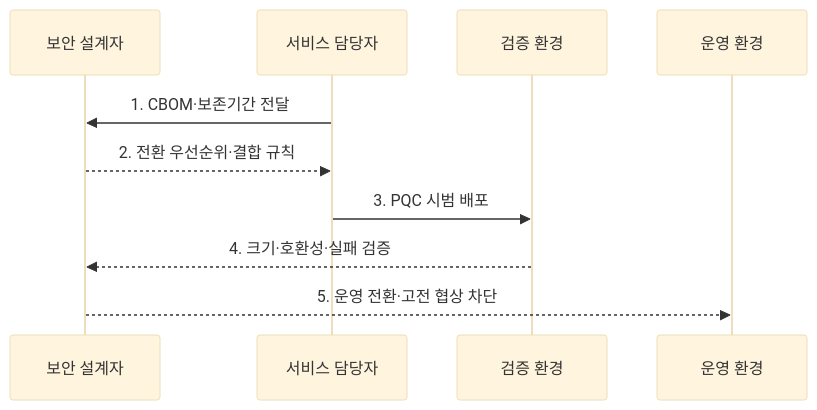
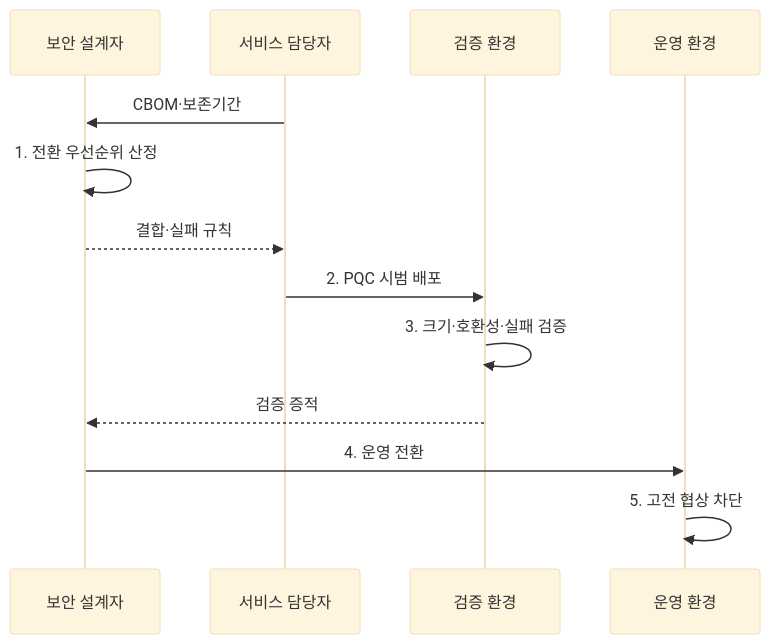
Before and after one commit to agnusdei1207/knowledge-base: the second of 2 diagrams in src/content/docs/notes/05-security/013_pqc_migration_hybrid.md, drawn with Mermaid (base theme). The commit also changed other lines of this file and 20 other files, not shown here.

````diff
--- a/src/content/docs/notes/05-security/013_pqc_migration_hybrid.md
+++ b/src/content/docs/notes/05-security/013_pqc_migration_hybrid.md
@@ -85,12 +85,15 @@
 ```mermaid
 sequenceDiagram
     participant A as 보안 설계자
     participant O as 서비스 담당자
     participant T as 검증 환경
     participant P as 운영 환경
-    O->>A: 1. CBOM·보존기간 전달
-    A-->>O: 2. 전환 우선순위·결합 규칙
-    O->>T: 3. PQC 시범 배포
-    T-->>A: 4. 크기·호환성·실패 검증
-    A-->>P: 5. 운영 전환·고전 협상 차단
+    O->>A: CBOM·보존기간
+    A->>A: 1. 전환 우선순위 산정
+    A-->>O: 결합·실패 규칙
+    O->>T: 2. PQC 시범 배포
+    T->>T: 3. 크기·호환성·실패 검증
+    T-->>A: 검증 증적
+    A->>P: 4. 운영 전환
+    P->>P: 5. 고전 협상 차단
 ```
````
